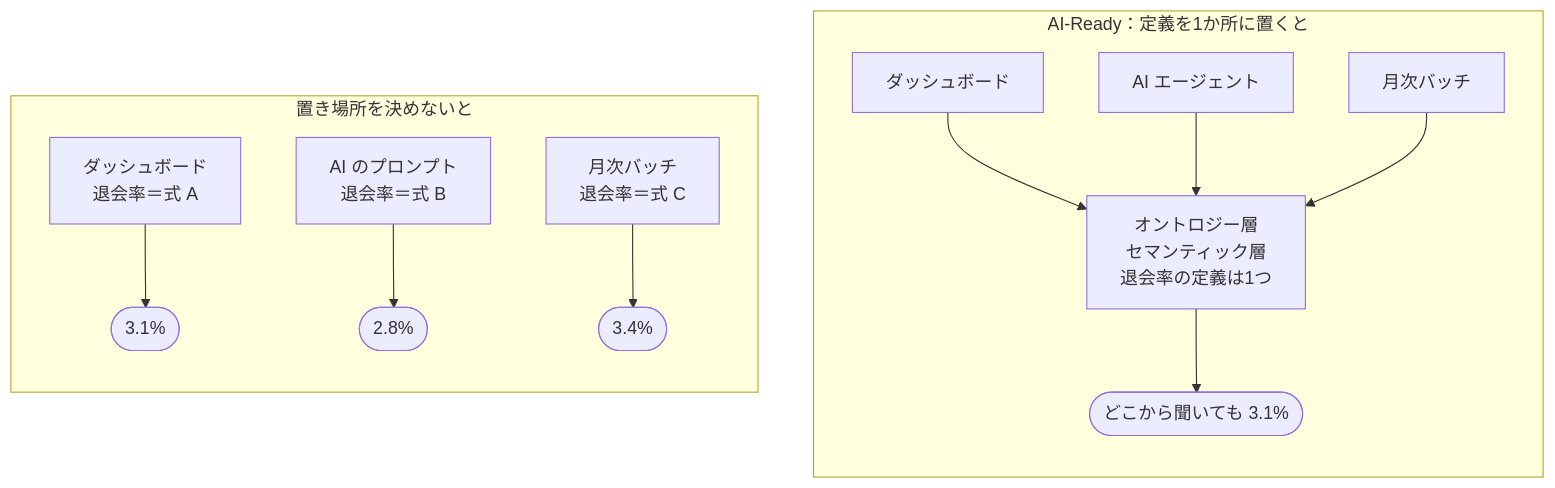
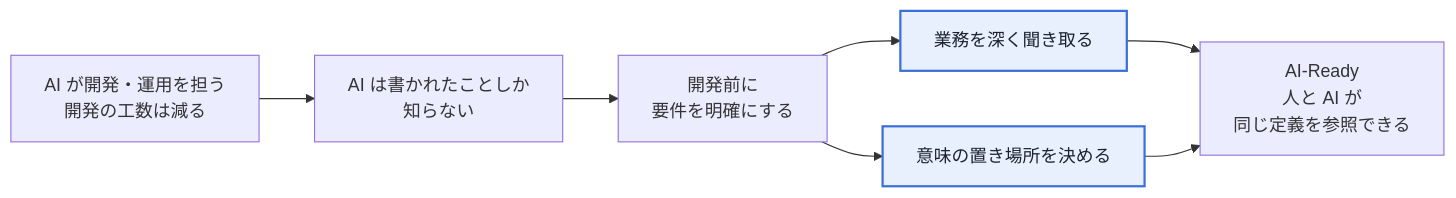
The diagram in README.ja.md (keito118/ai-ready-requirements), drawn with Mermaid before and after one commit. The commit also changed other lines of this file and 1 other file, not shown here.

Commit message:
Use a conceptual diagram that follows the Why argument

````diff
--- a/README.ja.md
+++ b/README.ja.md
@@ -17,17 +17,11 @@
 ```mermaid
 flowchart LR
-  subgraph B["置き場所を決めないと"]
-    direction TB
-    D1["ダッシュボード<br/>退会率＝式 A"] --> R1(["3.1%"])
-    P1["AI のプロンプト<br/>退会率＝式 B"] --> R2(["2.8%"])
-    J1["月次バッチ<br/>退会率＝式 C"] --> R3(["3.4%"])
-  end
-  subgraph A["AI-Ready：定義を1か所に置くと"]
-    direction TB
-    D2["ダッシュボード"] --> DEF
-    P2["AI エージェント"] --> DEF
-    J2["月次バッチ"] --> DEF
-    DEF["オントロジー層<br/>セマンティック層<br/>退会率の定義は1つ"] --> R4(["どこから聞いても 3.1%"])
-  end
-  B ~~~ A
+  A["AI が開発・運用を担う<br/>開発の工数は減る"] --> B["AI は書かれたことしか<br/>知らない"]
+  B --> C["開発前に<br/>要件を明確にする"]
+  C --> C1["業務を深く聞き取る"]
+  C --> C2["意味の置き場所を決める"]
+  C1 --> E["AI-Ready<br/>人と AI が<br/>同じ定義を参照できる"]
+  C2 --> E
+  classDef fw fill:#e8f0fe,stroke:#3b6fd8,stroke-width:2px,color:#1c2230
+  class C1,C2 fw
 ```
````
